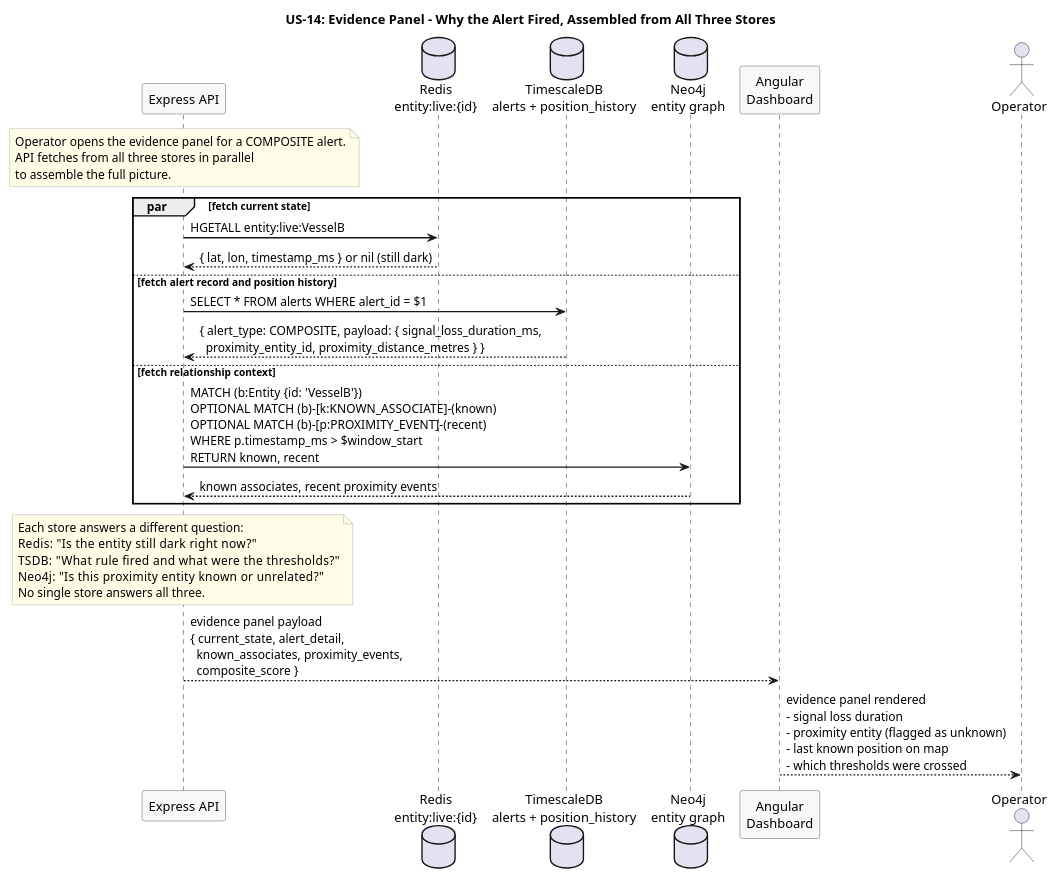
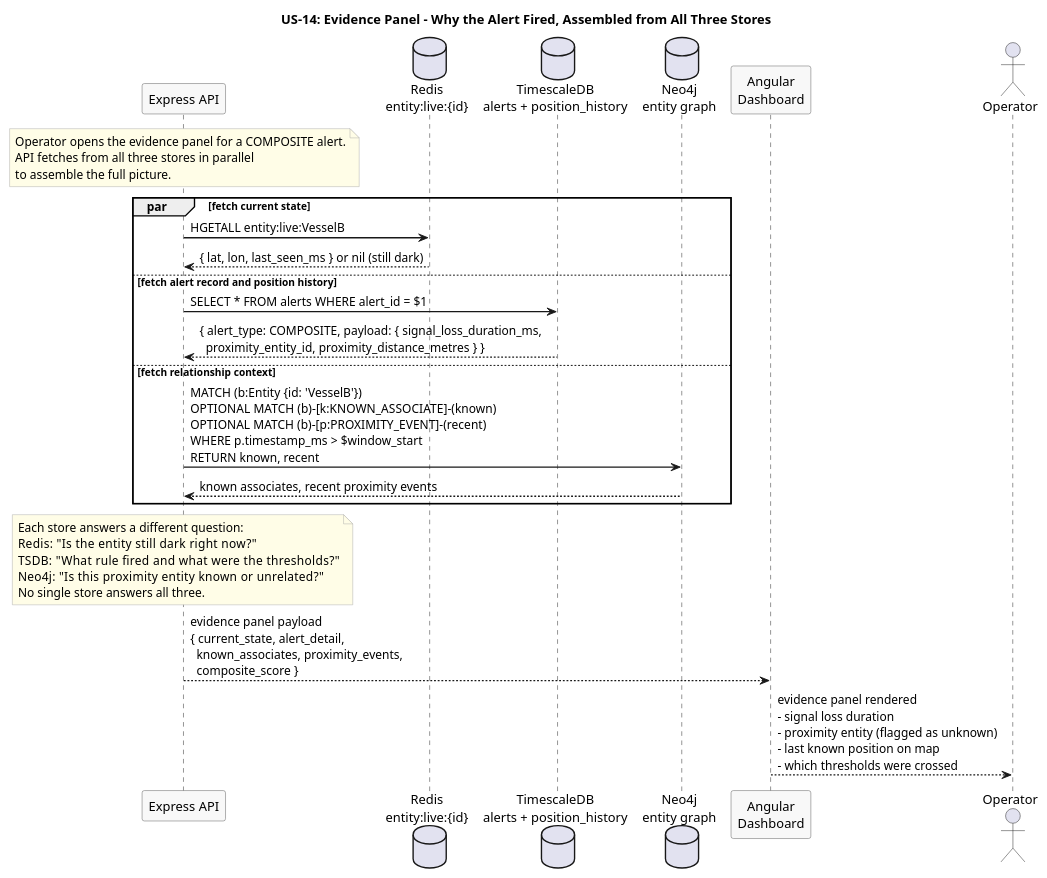
One commit to Buffden/sentinel changed the diagram in docs/use-cases/US-14-entity-investigation/evidence-panel.puml. Above: the diagram before and after it, drawn with PlantUML. The commit also changed 7 other files, not shown here.

First line of the commit message:
docs: replace timestamp_ms with last_seen_ms in Redis hash contexts across flow diagrams

```diff
--- a/docs/use-cases/US-14-entity-investigation/evidence-panel.puml
+++ b/docs/use-cases/US-14-entity-investigation/evidence-panel.puml
@@ -1,46 +1,46 @@
 @startuml evidence-panel
 title US-14: Evidence Panel - Why the Alert Fired, Assembled from All Three Stores
 
 skinparam sequenceArrowThickness 1.5
 skinparam participantBorderColor #555555
 skinparam participantBackgroundColor #F8F8F8
 skinparam noteBorderColor #AAAAAA
 skinparam noteBackgroundColor #FFFDE7
 
 participant "Express API" as API
 database "Redis\nentity:live:{id}" as Redis
 database "TimescaleDB\nalerts + position_history" as TSDB
 database "Neo4j\nentity graph" as Neo4j
 participant "Angular\nDashboard" as Dashboard
 actor Operator
 
 note over API
   Operator opens the evidence panel for a COMPOSITE alert.
   API fetches from all three stores in parallel
   to assemble the full picture.
 end note
 
 par fetch current state
   API -> Redis : HGETALL entity:live:VesselB
-  Redis --> API : { lat, lon, timestamp_ms } or nil (still dark)
+  Redis --> API : { lat, lon, last_seen_ms } or nil (still dark)
 else fetch alert record and position history
   API -> TSDB : SELECT * FROM alerts WHERE alert_id = $1
   TSDB --> API : { alert_type: COMPOSITE, payload: { signal_loss_duration_ms,\n  proximity_entity_id, proximity_distance_metres } }
 else fetch relationship context
   API -> Neo4j : MATCH (b:Entity {id: 'VesselB'})\nOPTIONAL MATCH (b)-[k:KNOWN_ASSOCIATE]-(known)\nOPTIONAL MATCH (b)-[p:PROXIMITY_EVENT]-(recent)\nWHERE p.timestamp_ms > $window_start\nRETURN known, recent
   Neo4j --> API : known associates, recent proximity events
 end
 
 note over API
   Each store answers a different question:
   Redis:     "Is the entity still dark right now?"
   TSDB:      "What rule fired and what were the thresholds?"
   Neo4j:     "Is this proximity entity known or unrelated?"
   No single store answers all three.
 end note
 
 API --> Dashboard : evidence panel payload\n{ current_state, alert_detail,\n  known_associates, proximity_events,\n  composite_score }
 
 Dashboard --> Operator : evidence panel rendered\n- signal loss duration\n- proximity entity (flagged as unknown)\n- last known position on map\n- which thresholds were crossed
 
 @enduml
```
